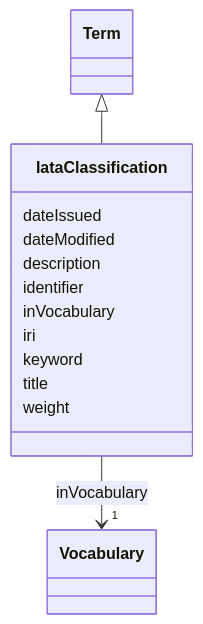
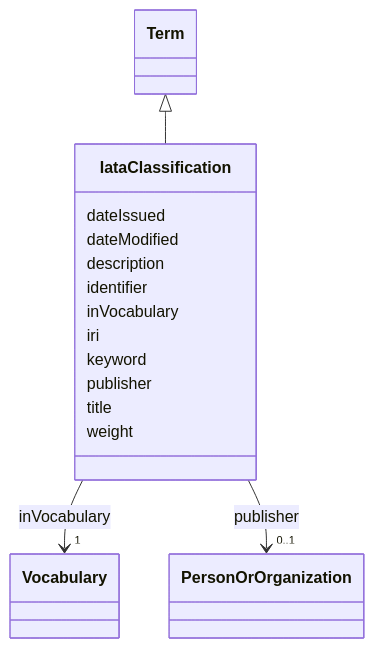
The diagram in models/docs/IataClassification.md (EVORA-project/evora-ontology), drawn with Mermaid before and after one commit. The commit also changed other lines of this file and 468 other files, not shown here.

````diff
--- a/models/docs/IataClassification.md
+++ b/models/docs/IataClassification.md
@@ -19,34 +19,43 @@
 ```mermaid
  classDiagram
     class IataClassification
     click IataClassification href "../IataClassification"
       Term <|-- IataClassification
         click Term href "../Term"
       
       IataClassification : dateIssued
         
       IataClassification : dateModified
         
       IataClassification : description
         
       IataClassification : identifier
         
       IataClassification : inVocabulary
         
           
     
     
     IataClassification --> "1" Vocabulary : inVocabulary
     click Vocabulary href "../Vocabulary"
 
         
       IataClassification : iri
         
       IataClassification : keyword
         
+      IataClassification : publisher
+        
+          
+    
+    
+    IataClassification --> "0..1" PersonOrOrganization : publisher
+    click PersonOrOrganization href "../PersonOrOrganization"
+
+        
       IataClassification : title
         
       IataClassification : weight
         
       
 ```
````
